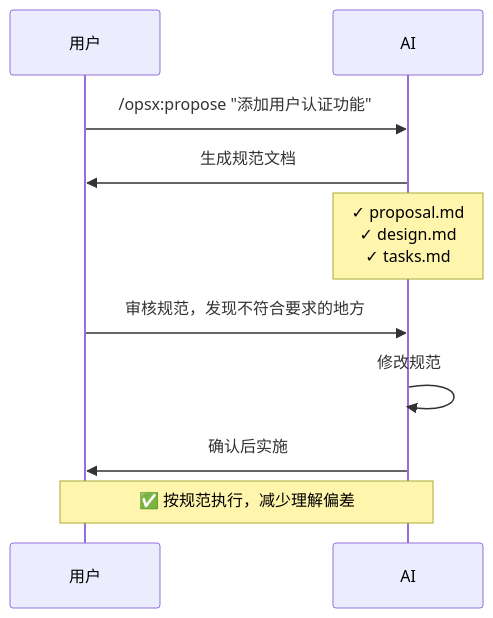
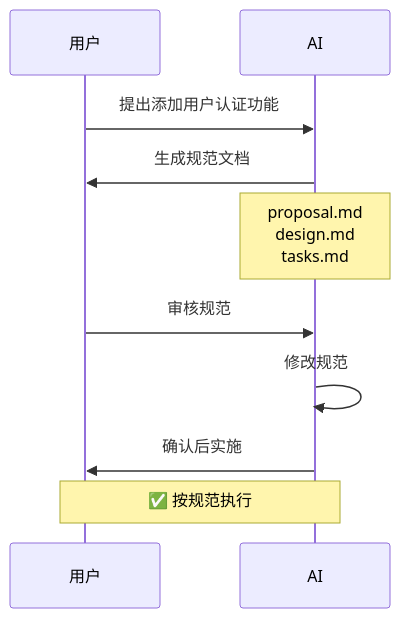
Before and after one commit to sail-y/blog: the third of 5 diagrams in source/_posts/Claude-Code技能选型：OpenSpec-vs-Superpowers-vs-Get-Shit-Done.md, drawn with Mermaid. The commit also changed other lines of this file, not shown here.

First line of the commit message:
修复SDD文章中Mermaid图表的语法错误

```diff
--- a/source/_posts/Claude-Code技能选型：OpenSpec-vs-Superpowers-vs-Get-Shit-Done.md
+++ b/source/_posts/Claude-Code技能选型：OpenSpec-vs-Superpowers-vs-Get-Shit-Done.md
@@ -76,13 +76,13 @@
 {% mermaid %}
 sequenceDiagram
     participant U as 用户
     participant AI as AI
 
-    U->>AI: /opsx:propose "添加用户认证功能"
+    U->>AI: 提出添加用户认证功能
     AI->>U: 生成规范文档
-    Note over AI: ✓ proposal.md<br/>✓ design.md<br/>✓ tasks.md
-    U->>AI: 审核规范，发现不符合要求的地方
+    Note over AI: proposal.md<br/>design.md<br/>tasks.md
+    U->>AI: 审核规范
     AI->>AI: 修改规范
     AI->>U: 确认后实施
-    Note over U,AI: ✅ 按规范执行，减少理解偏差
+    Note over U,AI: ✅ 按规范执行
 {% endmermaid %}
```
